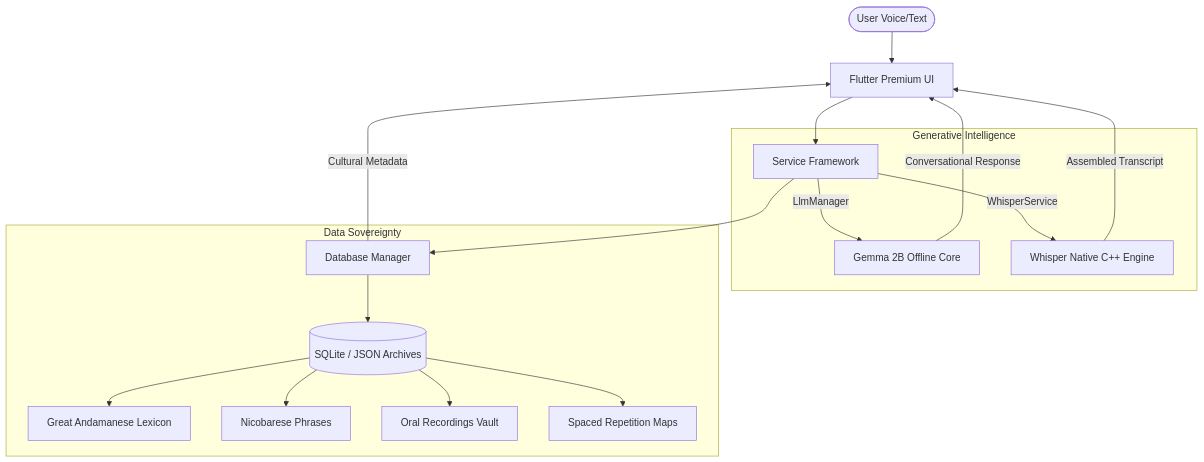
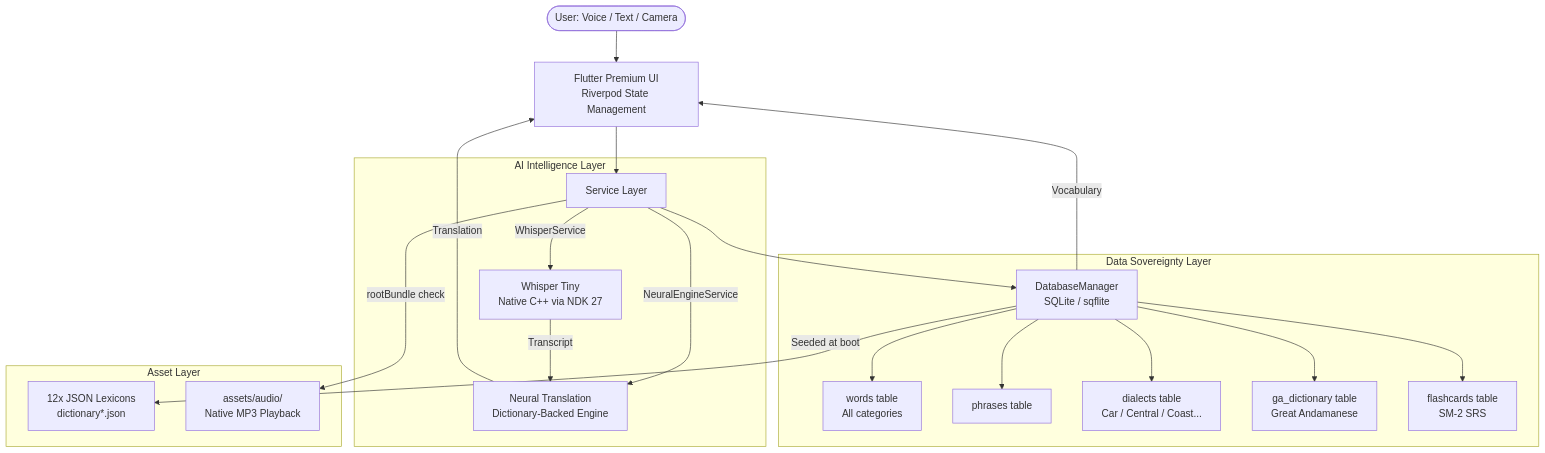
One commit to sathiyatskrj/Speechmate changed the diagram in README.md. Above: the diagram before and after it, drawn with Mermaid. The commit also changed other lines of this file, not shown here.

````diff
--- a/README.md
+++ b/README.md
@@ -99,23 +117,28 @@
 ```mermaid
 graph TD
-    User([User Voice/Text]) --> UI[Flutter Premium UI]
-    UI --> Service[Service Framework]
-    
-    subgraph "Generative Intelligence"
-        Service --> |LlmManager| Gemma[Gemma 2B Offline Core]
-        Service --> |WhisperService| Whisper[Whisper Native C++ Engine]
+    User([User: Voice / Text / Camera]) --> UI[Flutter Premium UI\nRiverpod State Management]
+    UI --> Service[Service Layer]
+
+    subgraph "AI Intelligence Layer"
+        Service --> |WhisperService| Whisper[Whisper Tiny\nNative C++ via NDK 27]
+        Service --> |NeuralEngineService| Neural[Neural Translation\nDictionary-Backed Engine]
     end
-    
-    subgraph "Data Sovereignty"
-        Service --> DB[Database Manager]
-        DB --> SQLite[(SQLite / JSON Archives)]
-        SQLite --> D1[Great Andamanese Lexicon]
-        SQLite --> D2[Nicobarese Phrases]
-        SQLite --> D3[Oral Recordings Vault]
-        SQLite --> D4[Spaced Repetition Maps]
+
+    subgraph "Data Sovereignty Layer"
+        Service --> DB[DatabaseManager\nSQLite / sqflite]
+        DB --> W[words table\nAll categories]
+        DB --> P[phrases table]
+        DB --> D[dialects table\nCar / Central / Coast...]
+        DB --> GA[ga_dictionary table\nGreat Andamanese]
+        DB --> FC[flashcards table\nSM-2 SRS]
     end
-    
-    Gemma --> |Conversational Response| UI
-    Whisper --> |Assembled Transcript| UI
-    DB --> |Cultural Metadata| UI
+
+    subgraph "Asset Layer"
+        DB --> |Seeded at boot| JSON[12x JSON Lexicons\ndictionary*.json]
+        Service --> |rootBundle check| Audio[assets/audio/\nNative MP3 Playback]
+    end
+
+    Whisper --> |Transcript| Neural
+    Neural --> |Translation| UI
+    DB --> |Vocabulary| UI
 ```
````
